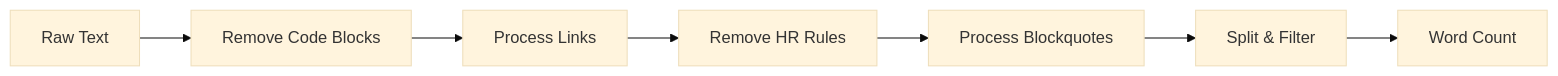
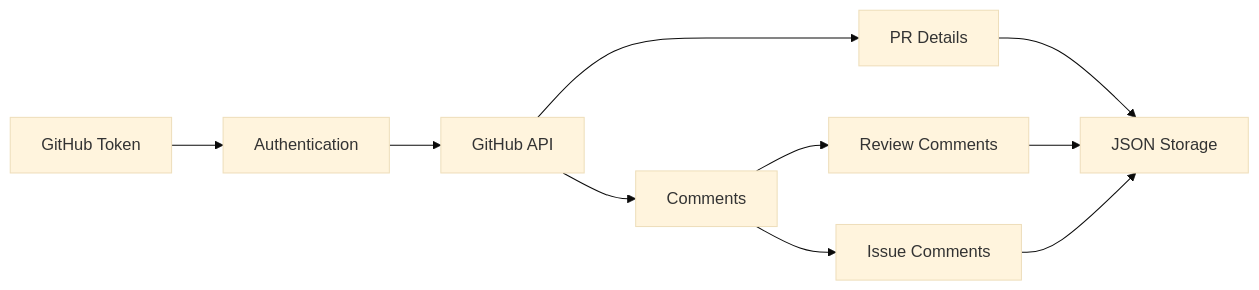
Before and after one commit to 0x4007/module-rewards: the second of 4 diagrams in memory-bank/systemPatterns.md, drawn with Mermaid (base theme). The commit also changed other lines of this file and 12 other files, not shown here.

````diff
--- a/memory-bank/systemPatterns.md
+++ b/memory-bank/systemPatterns.md
@@ -35,9 +42,13 @@
 ```mermaid
 flowchart LR
-    Input[Raw Text] --> Remove[Remove Code Blocks]
-    Remove --> Links[Process Links]
-    Links --> Rules[Remove HR Rules]
-    Rules --> Quotes[Process Blockquotes]
-    Quotes --> Split[Split & Filter]
-    Split --> Count[Word Count]
+    Token[GitHub Token] --> Auth[Authentication]
+    Auth --> API[GitHub API]
+    API --> PR[PR Details]
+    API --> Comments[Comments]
+    Comments --> Review[Review Comments]
+    Comments --> Issue[Issue Comments]
+
+    PR --> Store[JSON Storage]
+    Review --> Store
+    Issue --> Store
 ```
````
